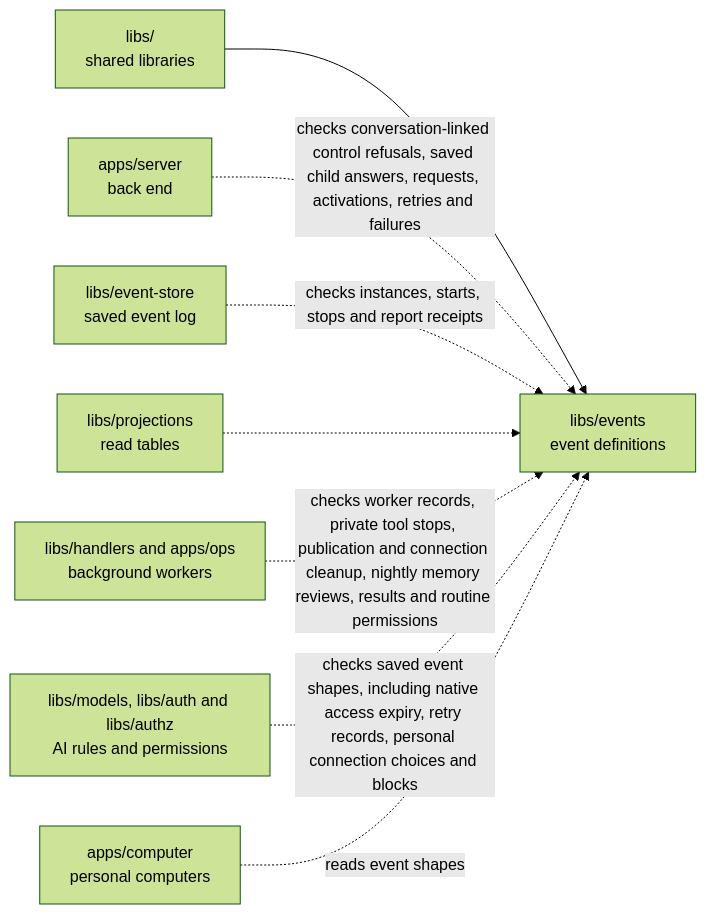
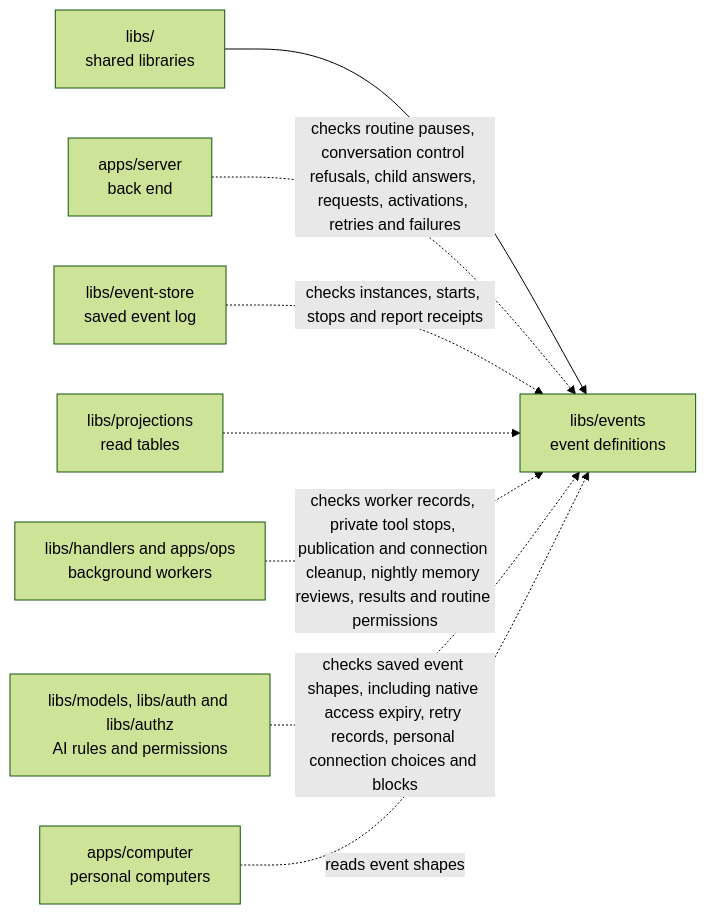
Before and after one commit to elewa-git/opencrane-new: the diagram in libs/events/README.md, drawn with Mermaid (forest theme). The commit also changed other lines of this file and 11 other files, not shown here.

Commit message:
⏸️ Save checked owner pauses without starting routine work

````diff
--- a/libs/events/README.md
+++ b/libs/events/README.md
@@ -20,10 +20,10 @@
 ```mermaid
 flowchart LR
   parent["libs/<br/>shared libraries"] --> events["libs/events<br/>event definitions"]
-  server["apps/server<br/>back end"] -.->|checks conversation-linked control refusals, saved child answers, requests, activations, retries and failures| events
+  server["apps/server<br/>back end"] -.->|checks routine pauses, conversation control refusals, child answers, requests, activations, retries and failures| events
   store["libs/event-store<br/>saved event log"] -.->|checks instances, starts, stops and report receipts| events
   projections["libs/projections<br/>read tables"] -.-> events
   workers["libs/handlers and apps/ops<br/>background workers"] -.->|checks worker records, private tool stops, publication and connection cleanup, nightly memory reviews, results and routine permissions| events
   models["libs/models, libs/auth and libs/authz<br/>AI rules and permissions"] -.->|checks saved event shapes, including native access expiry, retry records, personal connection choices and blocks| events
   computer["apps/computer<br/>personal computers"] -.->|reads event shapes| events
 ```
````
